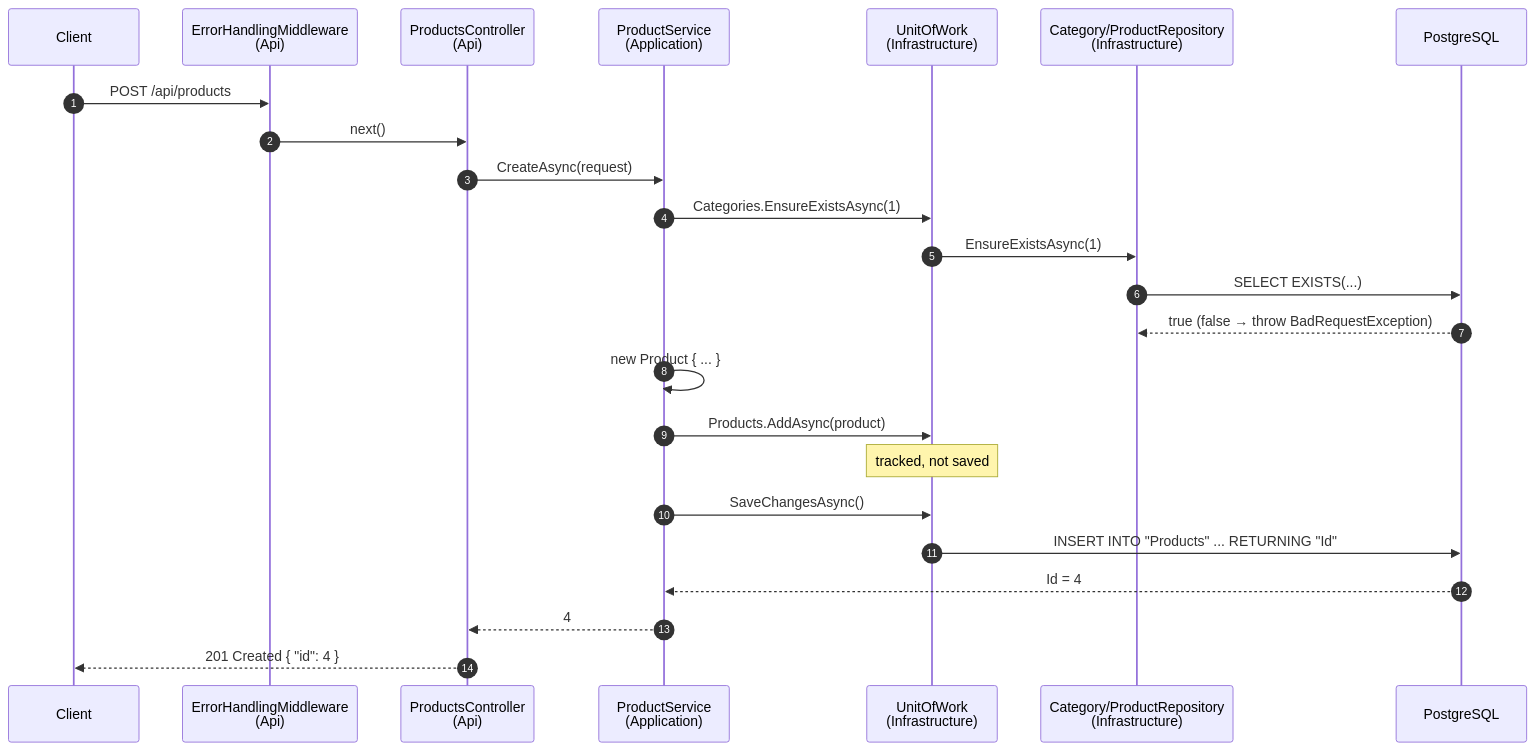
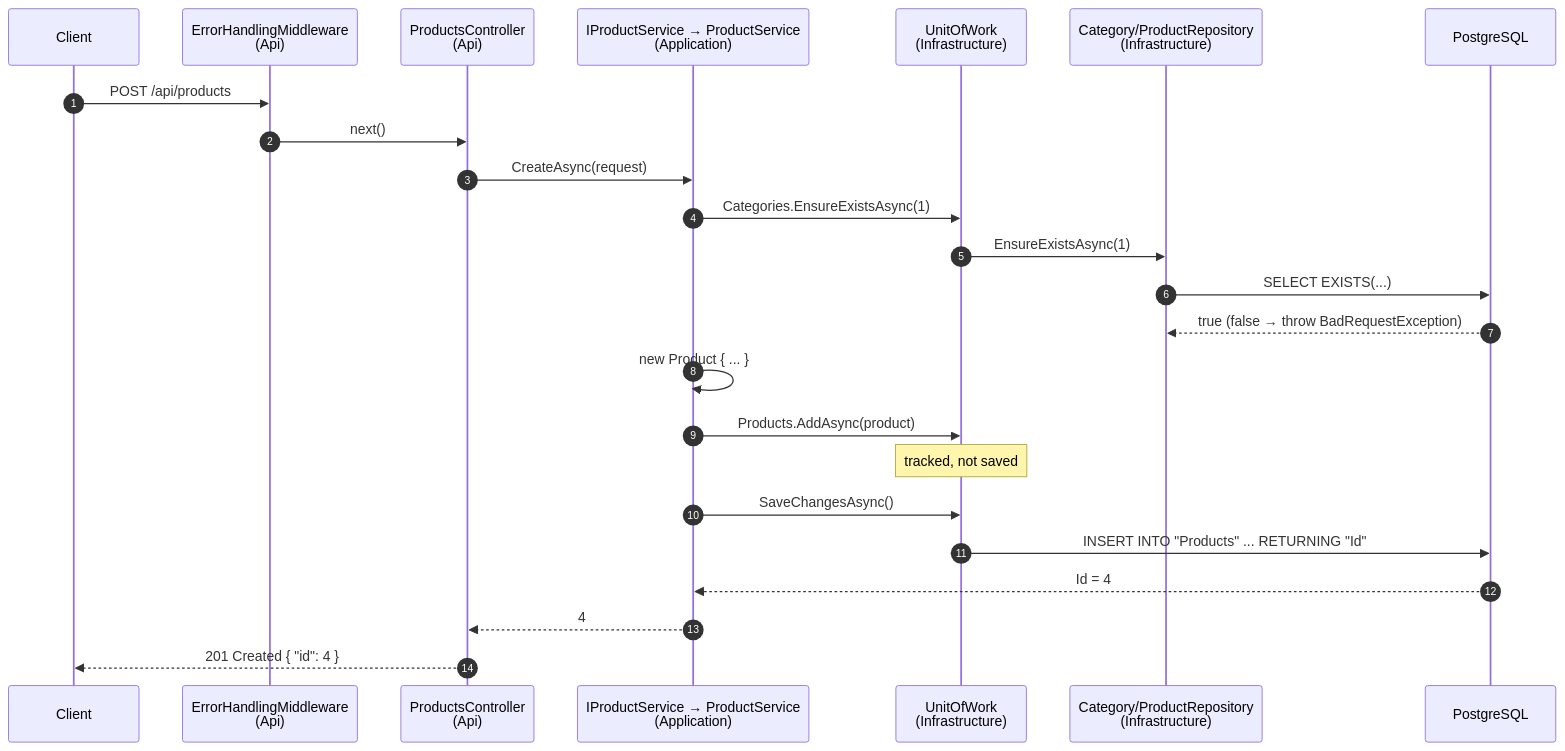
One commit to wesamkhateeb98-creator/clean-architecture-uow-repository changed the first of 2 diagrams in docs/04-putting-it-together.md. Above: the diagram before and after it, drawn with Mermaid. The commit also changed other lines of this file and 19 other files, not shown here.

````diff
--- a/docs/04-putting-it-together.md
+++ b/docs/04-putting-it-together.md
@@ -6,27 +6,27 @@
 ```mermaid
 sequenceDiagram
     autonumber
     participant Client
     participant MW as ErrorHandlingMiddleware<br/>(Api)
     participant Ctrl as ProductsController<br/>(Api)
-    participant Svc as ProductService<br/>(Application)
+    participant Svc as IProductService → ProductService<br/>(Application)
     participant UoW as UnitOfWork<br/>(Infrastructure)
     participant Repo as Category/ProductRepository<br/>(Infrastructure)
     participant DB as PostgreSQL
 
     Client->>MW: POST /api/products
     MW->>Ctrl: next()
     Ctrl->>Svc: CreateAsync(request)
     Svc->>UoW: Categories.EnsureExistsAsync(1)
     UoW->>Repo: EnsureExistsAsync(1)
     Repo->>DB: SELECT EXISTS(...)
     DB-->>Repo: true (false → throw BadRequestException)
     Svc->>Svc: new Product { ... }
     Svc->>UoW: Products.AddAsync(product)
     Note over UoW: tracked, not saved
     Svc->>UoW: SaveChangesAsync()
     UoW->>DB: INSERT INTO "Products" ... RETURNING "Id"
     DB-->>Svc: Id = 4
     Svc-->>Ctrl: 4
     Ctrl-->>Client: 201 Created  { "id": 4 }
 ```
````
